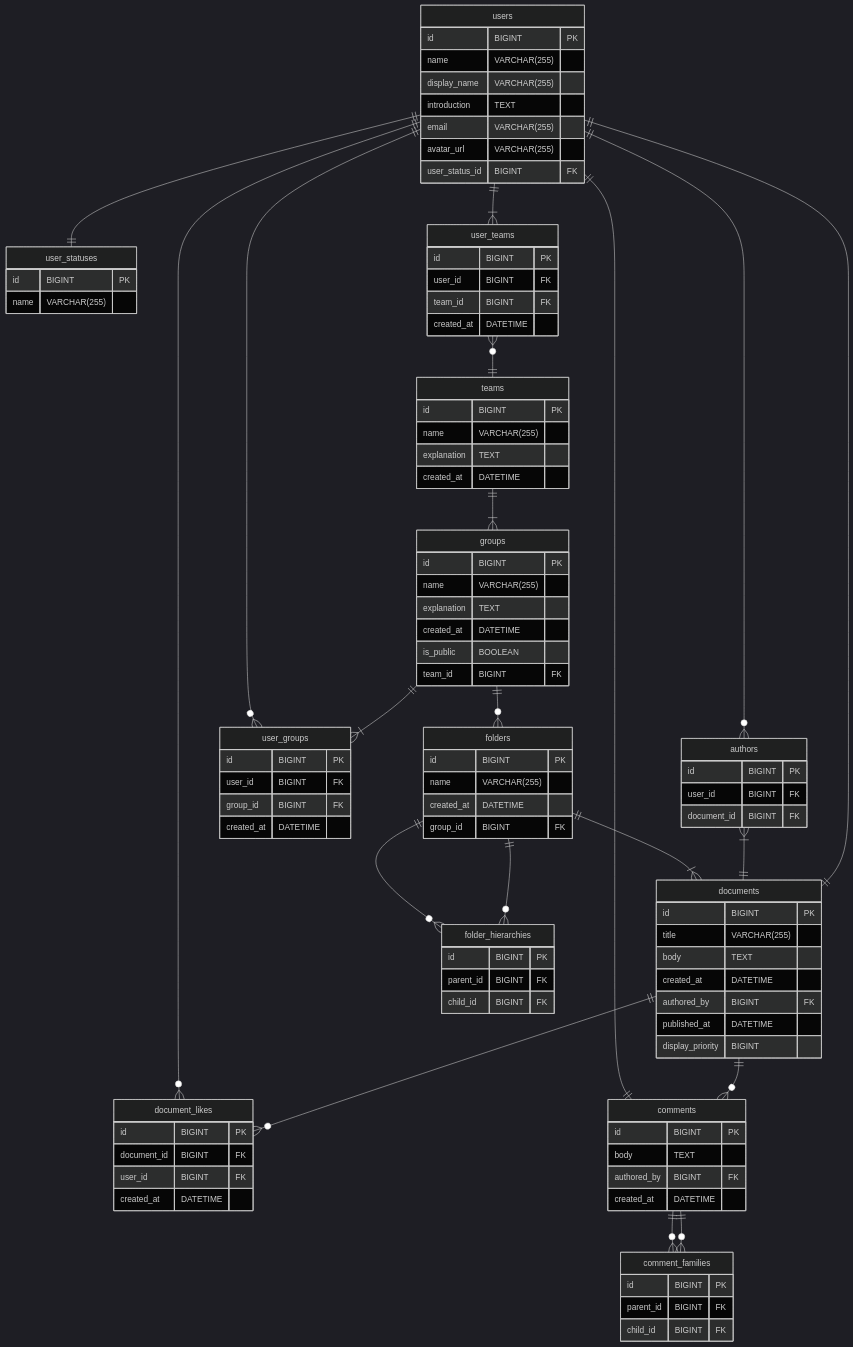
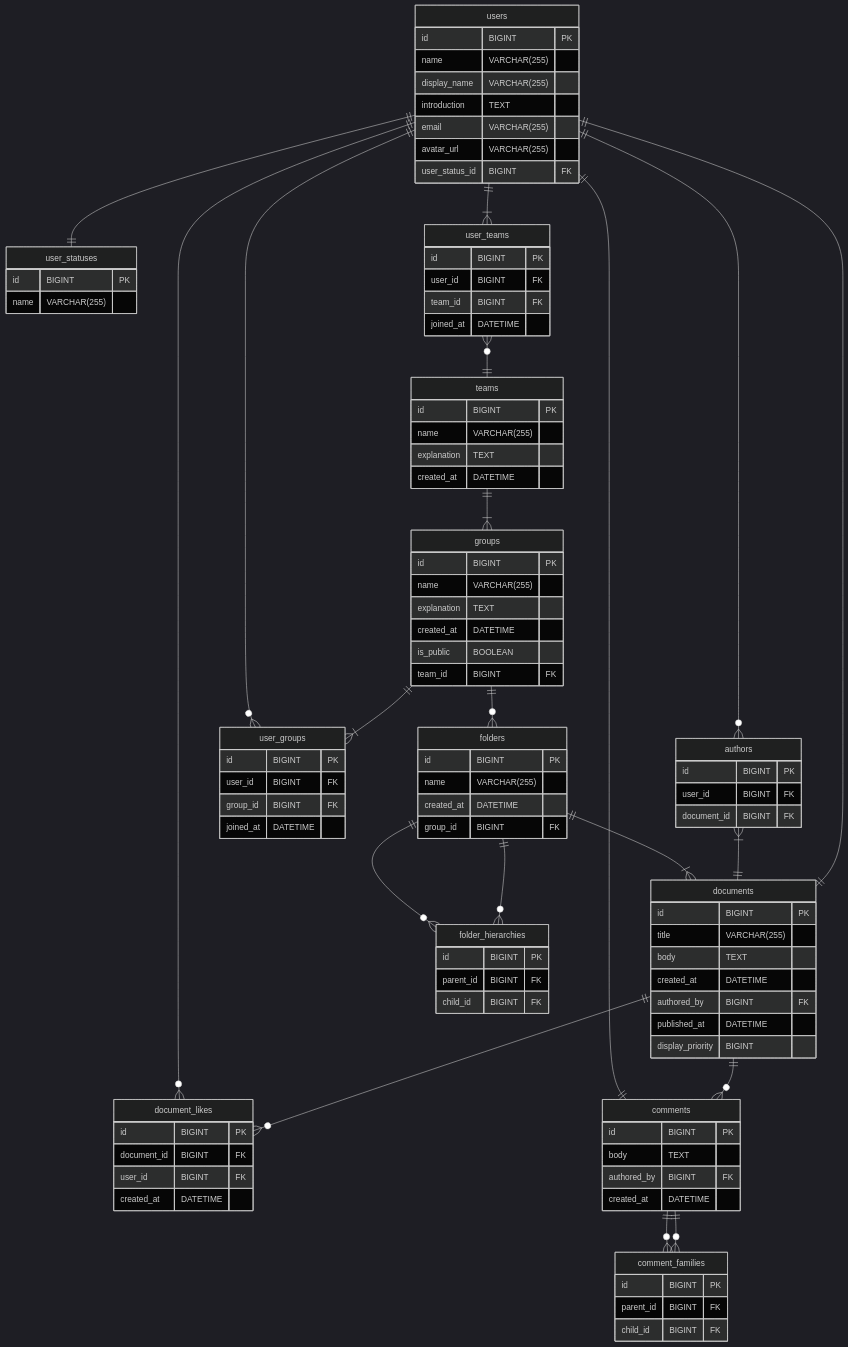
Before and after one commit to praha-inc/praha-challenge-7: the diagram in LUpCvstQOssJiN/database_design/db_modeling_3/order_er_diagram.mmd, drawn with Mermaid (dark theme).

Commit message:
Fix: rename joined_at

```diff
--- a/LUpCvstQOssJiN/database_design/db_modeling_3/order_er_diagram.mmd
+++ b/LUpCvstQOssJiN/database_design/db_modeling_3/order_er_diagram.mmd
@@ -1,143 +1,141 @@
 erDiagram
 
 users ||--|| user_statuses: ""
 users ||--o{ authors: ""
 %% 誰によって作られたかを表す
 users ||--|| documents: ""
 authors }|--|| documents: ""
 documents ||--o{ document_likes: ""
 document_likes }o--|| users: ""
 documents ||--o{ comments: ""
 comments ||--o{ comment_families: ""
 comment_families }o--|| comments: ""
 %% 誰によって作られたかを表す
 users ||--|| comments: ""
 users ||--|{ user_teams: ""
 user_teams }o--|| teams: ""
 teams ||--|{ groups: ""
 groups ||--|{ user_groups: ""
 user_groups }o--|| users: ""
 groups ||--o{ folders: ""
 folders ||--o{ folder_hierarchies: ""
 folder_hierarchies }o--|| folders: ""
 folders ||--|{ documents: ""
-
-
 
 %% テーブル定義の上のコメントは、物理設計で実装する物を書いています
 
 %% ユーザー権限
 %% ユーザー権限とユーザーは一対一
 %% owner, admin, member, guestが入る
 user_statuses {
   id BIGINT PK
   name VARCHAR(255)
 }
 
 %% id: primary key 制約
 %% name: フルテキストインデックス
 %% email: ユニーク制約
 %% display_name: フルテキストインデックス
 users {
   id BIGINT PK
   name VARCHAR(255)
   display_name VARCHAR(255)
   introduction TEXT
   email VARCHAR(255)
   avatar_url VARCHAR(255)
   user_status_id BIGINT FK
 }
 
 %% id: primary key 制約
 %% title, body: フルテキストインデックス
 %% 記事が公開されたか公開されてないかは、published_atの値で判断する
 documents {
   id BIGINT PK
   title VARCHAR(255)
   body TEXT
   created_at DATETIME
   authored_by BIGINT FK
   published_at DATETIME
   display_priority BIGINT
 }
 
 %% id: primary key 制約
 %% user_id, document_id: 外部キー制約
 %% document_idにユニーク制約をつける
 authors {
   id BIGINT PK
   user_id BIGINT FK
   document_id BIGINT FK
 }
 
 
 %% 記事は複数のユーザーによっていいねされている
 document_likes {
   id BIGINT PK
   document_id BIGINT FK
   user_id BIGINT FK
   created_at DATETIME
 }
 
 %% 記事はコメントを書ける。また、コメントに対してコメントをしたりもできる
 comments {
   id BIGINT PK
   body TEXT
   authored_by BIGINT FK
   created_at DATETIME
 }
 
 comment_families {
   id BIGINT PK
   parent_id BIGINT FK
   child_id BIGINT FK
 }
 
 %% チームの中に複数のグループがある
 teams {
   id BIGINT PK
   name VARCHAR(255)
   explanation TEXT
   created_at DATETIME
 }
 
 %% ユーザーは複数のチームに所属している
 user_teams {
   id BIGINT PK
   user_id BIGINT FK
   team_id BIGINT FK
-  created_at DATETIME
+  joined_at DATETIME
 }
 
 %% グループは公開非公開が設定できる
 groups {
   id BIGINT PK
   name VARCHAR(255)
   explanation TEXT
   created_at DATETIME
   is_public BOOLEAN
   team_id BIGINT FK
 }
 
 %% ユーザーは複数のグループに所属している
 user_groups {
   id BIGINT PK
   user_id BIGINT FK
   group_id BIGINT FK
-  created_at DATETIME
+  joined_at DATETIME
 }
 
 %% グループの中に複数のフォルダがある
 %% フォルダの中に複数の記事とサブフォルダがある
 folders {
   id BIGINT PK
   name VARCHAR(255)
   created_at DATETIME
   group_id BIGINT FK
 }
 
 folder_hierarchies {
   id BIGINT PK
   parent_id BIGINT FK
   child_id BIGINT FK
 }
```
